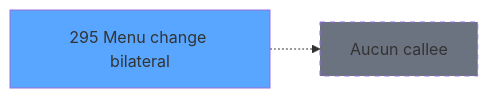
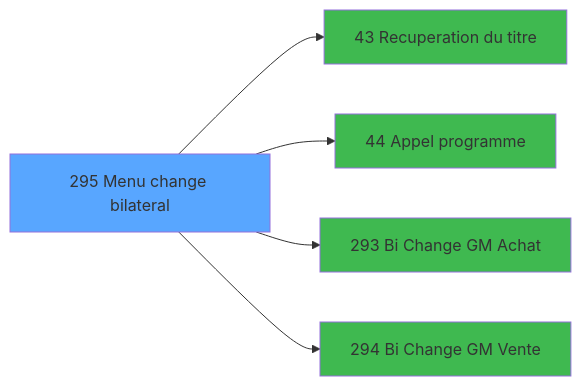
One commit to thonyAGP/magic-migration changed the third of 3 diagrams in .openspec/specs/ADH-IDE-295.md. Above: the diagram before and after it, drawn with Mermaid. The commit also changed other lines of this file and 253 other files, not shown here.

````diff
--- a/.openspec/specs/ADH-IDE-295.md
+++ b/.openspec/specs/ADH-IDE-295.md
@@ -219,8 +494,17 @@
 ```mermaid
 graph LR
     T295[295 Menu change bilateral]
     style T295 fill:#58a6ff
-    NONE[Aucun callee]
-    T295 -.-> NONE
-    style NONE fill:#6b7280,stroke-dasharray: 5 5
+    C43[43 Recuperation du titre]
+    T295 --> C43
+    style C43 fill:#3fb950
+    C44[44 Appel programme]
+    T295 --> C44
+    style C44 fill:#3fb950
+    C293[293 Bi Change GM Achat]
+    T295 --> C293
+    style C293 fill:#3fb950
+    C294[294 Bi Change GM Vente]
+    T295 --> C294
+    style C294 fill:#3fb950
 ```
````
